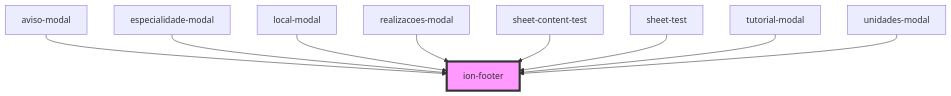
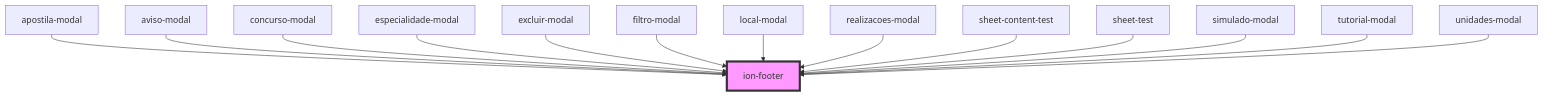
Before and after one commit to MEDGRUPOGIT/ionic-framework-1: the diagram in core/src/components/footer/readme.md, drawn with Mermaid. The commit also changed other lines of this file and 37 other files, not shown here.

````diff
--- a/core/src/components/footer/readme.md
+++ b/core/src/components/footer/readme.md
@@ -144,12 +149,17 @@
 ```mermaid
 graph TD;
+  apostila-modal --> ion-footer
   aviso-modal --> ion-footer
+  concurso-modal --> ion-footer
   especialidade-modal --> ion-footer
+  excluir-modal --> ion-footer
+  filtro-modal --> ion-footer
   local-modal --> ion-footer
   realizacoes-modal --> ion-footer
   sheet-content-test --> ion-footer
   sheet-test --> ion-footer
+  simulado-modal --> ion-footer
   tutorial-modal --> ion-footer
   unidades-modal --> ion-footer
   style ion-footer fill:#f9f,stroke:#333,stroke-width:4px
 ```
````
